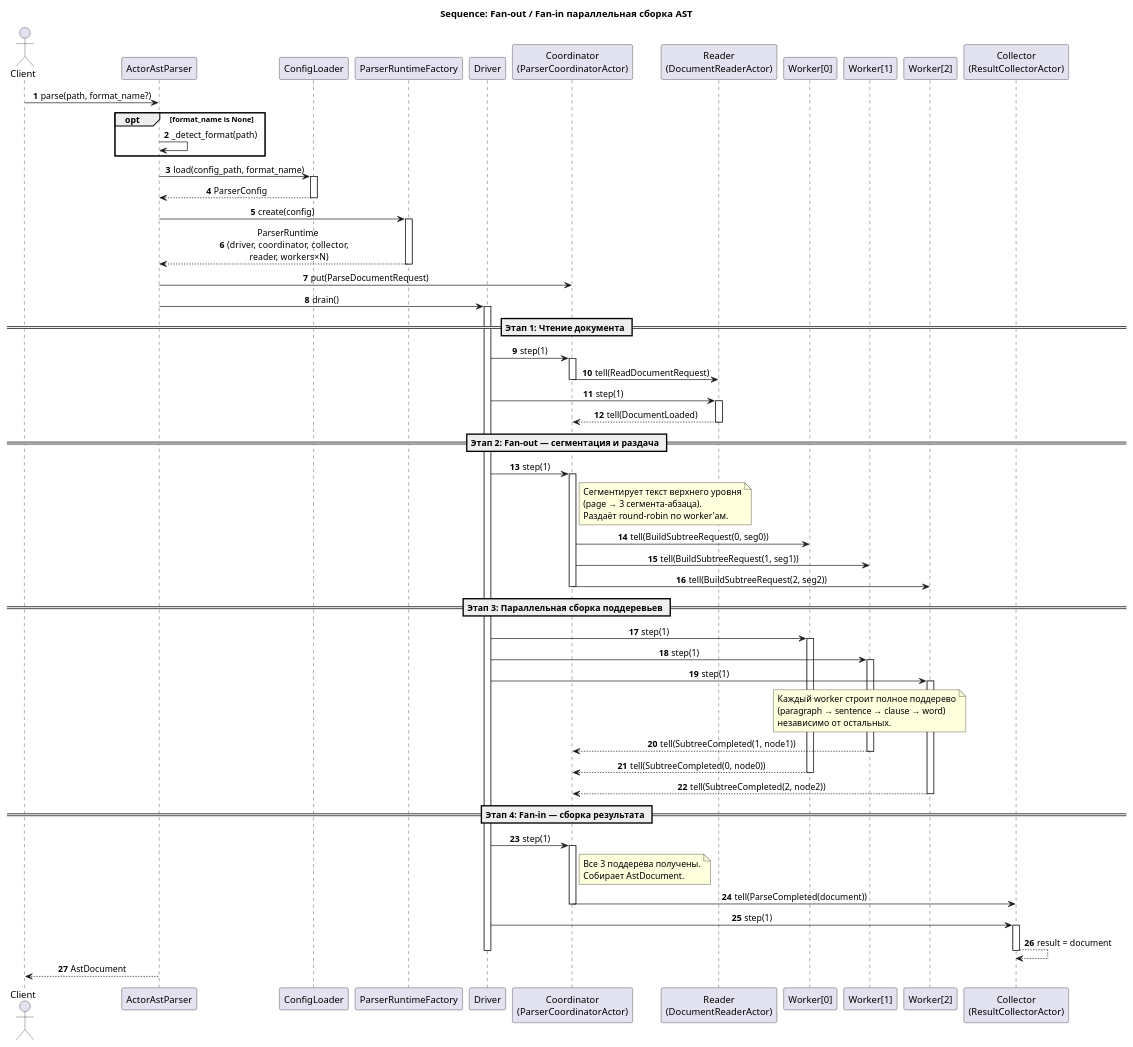
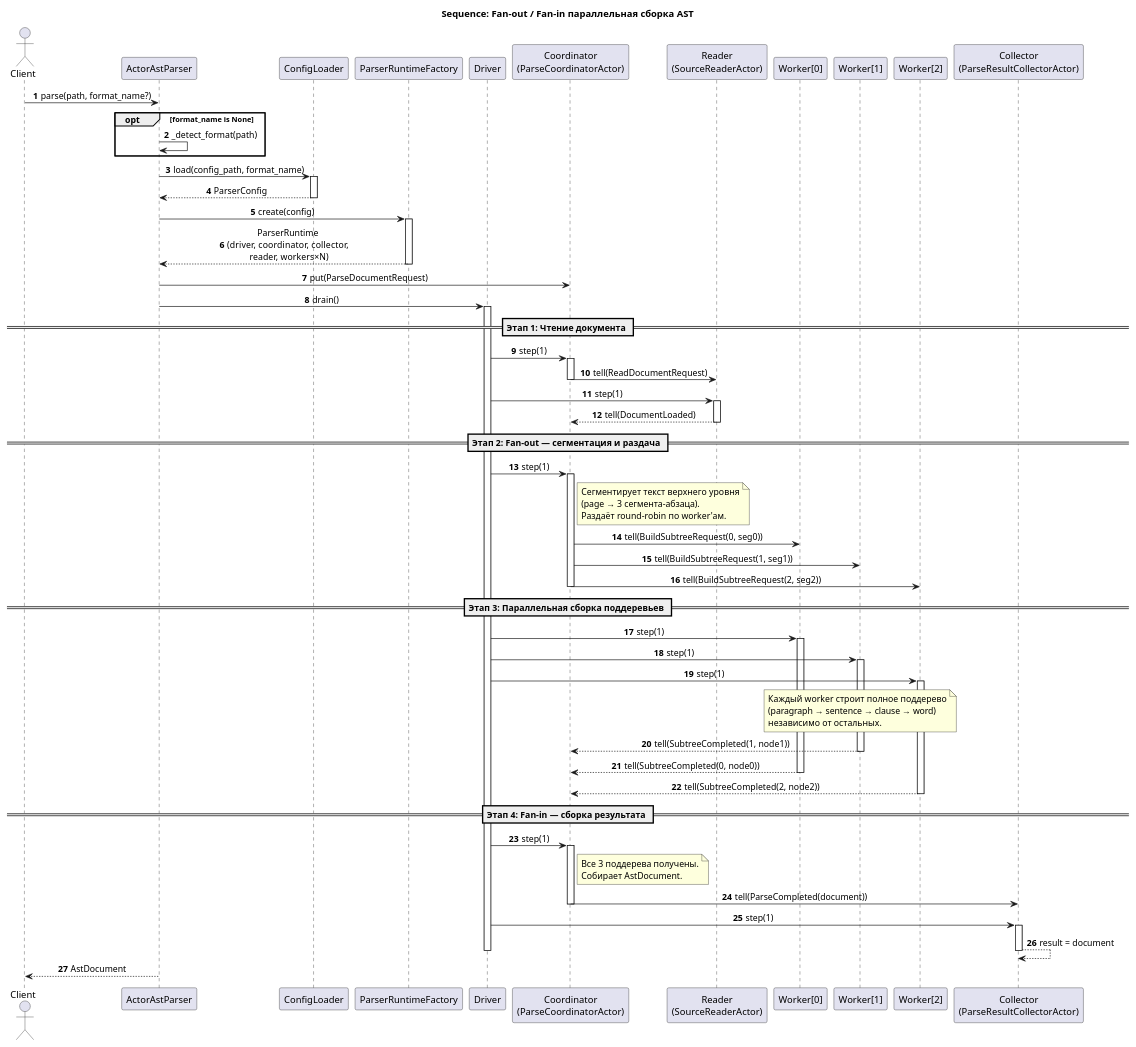
One commit to Forthey/DiGr changed the diagram in docs/uml/fanout_sequence.puml. Above: the diagram before and after it, drawn with PlantUML. The commit also changed 12 other files, not shown here.

```diff
--- a/docs/uml/fanout_sequence.puml
+++ b/docs/uml/fanout_sequence.puml
@@ -1,109 +1,109 @@
 @startuml
 autonumber
 skinparam shadowing false
 skinparam sequenceMessageAlign center
 skinparam responseMessageBelowArrow true
 
 title Sequence: Fan-out / Fan-in параллельная сборка AST
 
 actor Client
 participant ActorAstParser
 participant ConfigLoader
 participant ParserRuntimeFactory
 participant Driver
-participant Coordinator as "Coordinator\n(ParserCoordinatorActor)"
-participant Reader as "Reader\n(DocumentReaderActor)"
+participant Coordinator as "Coordinator\n(ParseCoordinatorActor)"
+participant Reader as "Reader\n(SourceReaderActor)"
 participant "Worker[0]" as W0
 participant "Worker[1]" as W1
 participant "Worker[2]" as W2
-participant Collector as "Collector\n(ResultCollectorActor)"
+participant Collector as "Collector\n(ParseResultCollectorActor)"
 
 Client -> ActorAstParser: parse(path, format_name?)
 
 opt format_name is None
   ActorAstParser -> ActorAstParser: _detect_format(path)
 end
 
 ActorAstParser -> ConfigLoader: load(config_path, format_name)
 activate ConfigLoader
 ConfigLoader --> ActorAstParser: ParserConfig
 deactivate ConfigLoader
 
 ActorAstParser -> ParserRuntimeFactory: create(config)
 activate ParserRuntimeFactory
 ParserRuntimeFactory --> ActorAstParser: ParserRuntime\n(driver, coordinator, collector,\n reader, workers×N)
 deactivate ParserRuntimeFactory
 
 ActorAstParser -> Coordinator: put(ParseDocumentRequest)
 ActorAstParser -> Driver: drain()
 activate Driver
 
 == Этап 1: Чтение документа ==
 
 Driver -> Coordinator: step(1)
 activate Coordinator
 Coordinator -> Reader: tell(ReadDocumentRequest)
 deactivate Coordinator
 
 Driver -> Reader: step(1)
 activate Reader
 Reader --> Coordinator: tell(DocumentLoaded)
 deactivate Reader
 
 == Этап 2: Fan-out — сегментация и раздача ==
 
 Driver -> Coordinator: step(1)
 activate Coordinator
 note right of Coordinator
   Сегментирует текст верхнего уровня
   (page → 3 сегмента-абзаца).
   Раздаёт round-robin по worker'ам.
 end note
 Coordinator -> W0: tell(BuildSubtreeRequest(0, seg0))
 Coordinator -> W1: tell(BuildSubtreeRequest(1, seg1))
 Coordinator -> W2: tell(BuildSubtreeRequest(2, seg2))
 deactivate Coordinator
 
 == Этап 3: Параллельная сборка поддеревьев ==
 
 Driver -> W0: step(1)
 activate W0
 Driver -> W1: step(1)
 activate W1
 Driver -> W2: step(1)
 activate W2
 
 note over W0, W2
   Каждый worker строит полное поддерево
   (paragraph → sentence → clause → word)
   независимо от остальных.
 end note
 
 W1 --> Coordinator: tell(SubtreeCompleted(1, node1))
 deactivate W1
 W0 --> Coordinator: tell(SubtreeCompleted(0, node0))
 deactivate W0
 W2 --> Coordinator: tell(SubtreeCompleted(2, node2))
 deactivate W2
 
 == Этап 4: Fan-in — сборка результата ==
 
 Driver -> Coordinator: step(1)
 activate Coordinator
 note right of Coordinator
   Все 3 поддерева получены.
   Собирает AstDocument.
 end note
 Coordinator -> Collector: tell(ParseCompleted(document))
 deactivate Coordinator
 
 Driver -> Collector: step(1)
 activate Collector
 Collector --> Collector: result = document
 deactivate Collector
 
 deactivate Driver
 
 ActorAstParser --> Client: AstDocument
 
 @enduml
```
